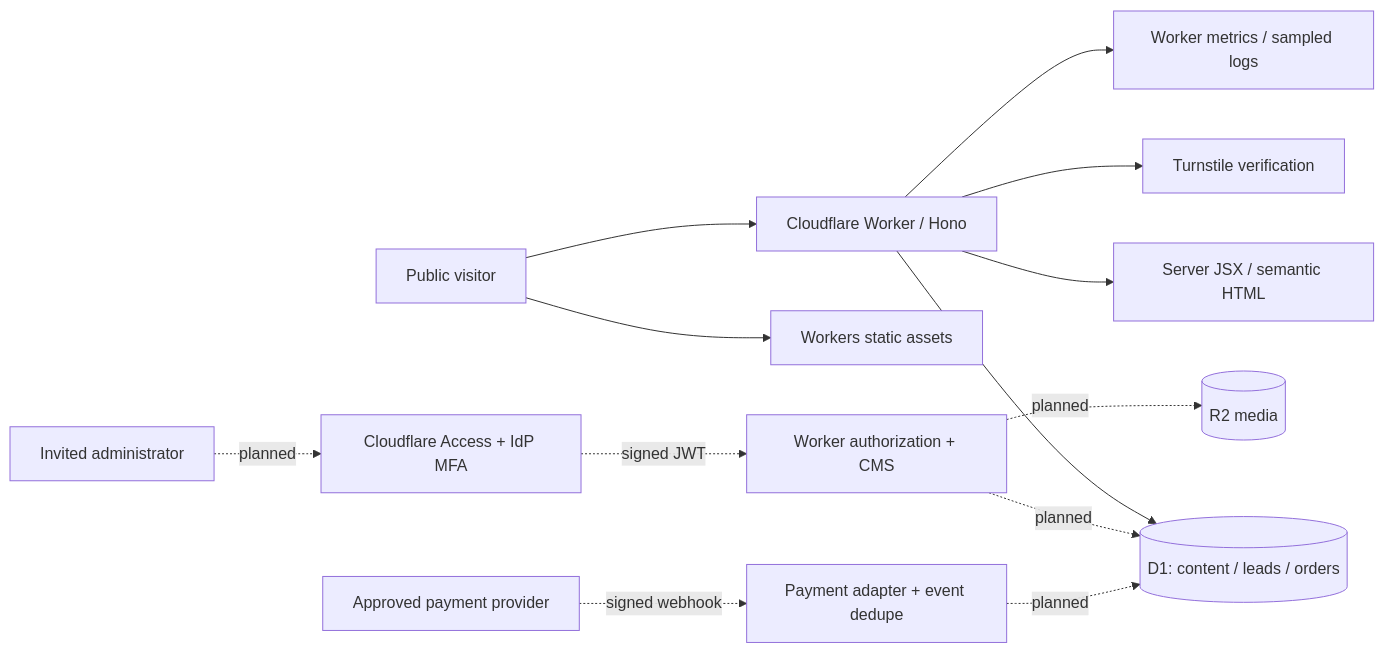
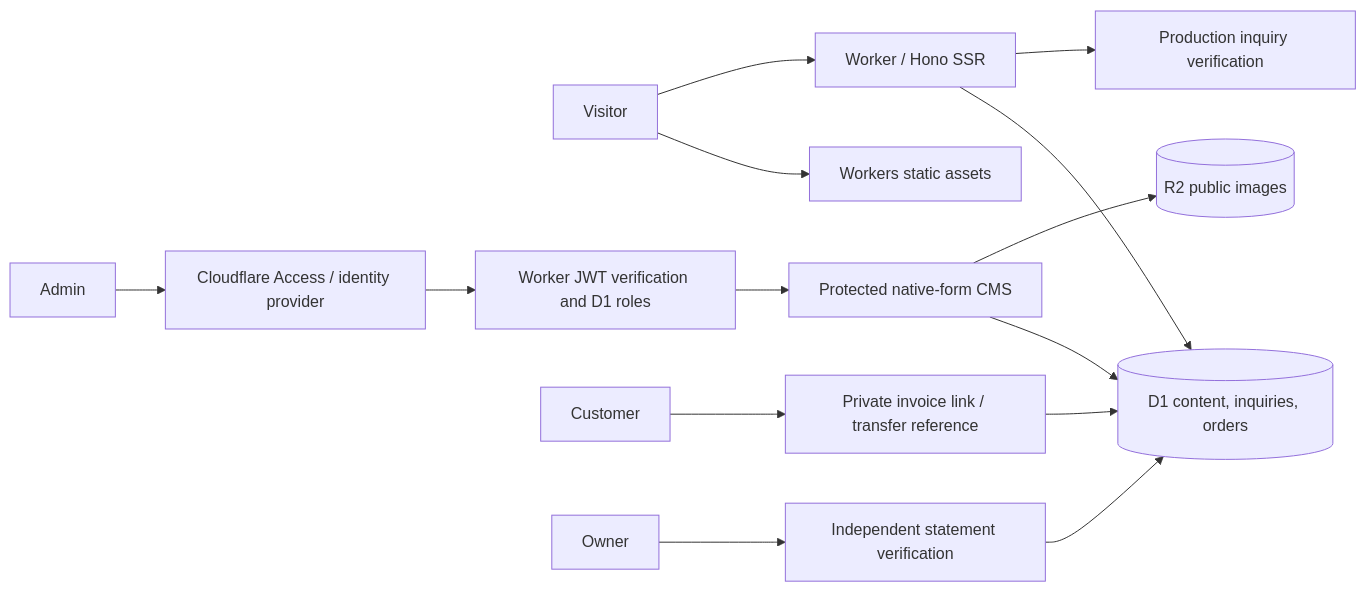
Before and after one commit to ahm3dra2a/controlex-media: the diagram in docs/ARCHITECTURE.md, drawn with Mermaid. The commit also changed other lines of this file and 49 other files, not shown here.

Commit message:
Add protected studio CMS, service showcases and portable checks

````diff
--- a/docs/ARCHITECTURE.md
+++ b/docs/ARCHITECTURE.md
@@ -26,15 +11,16 @@
 ```mermaid
 flowchart LR
-  Visitor[Public visitor] --> Edge[Cloudflare Worker / Hono]
   Visitor --> Assets[Workers static assets]
-  Edge --> SSR[Server JSX / semantic HTML]
-  Edge --> D1[(D1: content / leads / orders)]
-  Edge --> Bot[Turnstile verification]
-  Admin[Invited administrator] -. planned .-> Access[Cloudflare Access + IdP MFA]
-  Access -. signed JWT .-> CMS[Worker authorization + CMS]
-  CMS -. planned .-> D1
-  CMS -. planned .-> R2[(R2 media)]
-  Gateway[Approved payment provider] -. signed webhook .-> Pay[Payment adapter + event dedupe]
-  Pay -. planned .-> D1
-  Edge --> Logs[Worker metrics / sampled logs]
+  Visitor --> App[Worker / Hono SSR]
+  App --> DB[(D1 content, inquiries, orders)]
+  App --> Turnstile[Production inquiry verification]
+  Admin --> Access[Cloudflare Access / identity provider]
+  Access --> JWT[Worker JWT verification and D1 roles]
+  JWT --> CMS[Protected native-form CMS]
+  CMS --> DB
+  CMS --> R2[(R2 public images)]
+  Customer --> Invoice[Private invoice link / transfer reference]
+  Invoice --> DB
+  Owner --> Verify[Independent statement verification]
+  Verify --> DB
 ```
````
